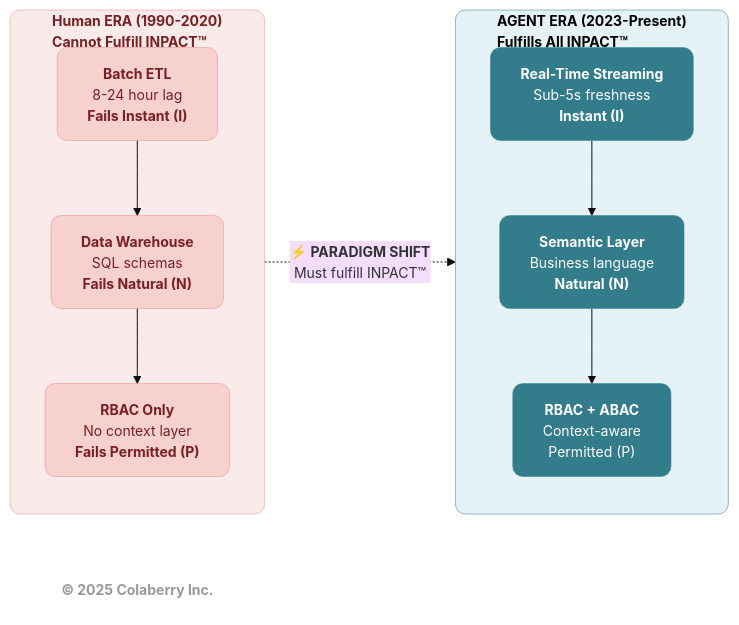
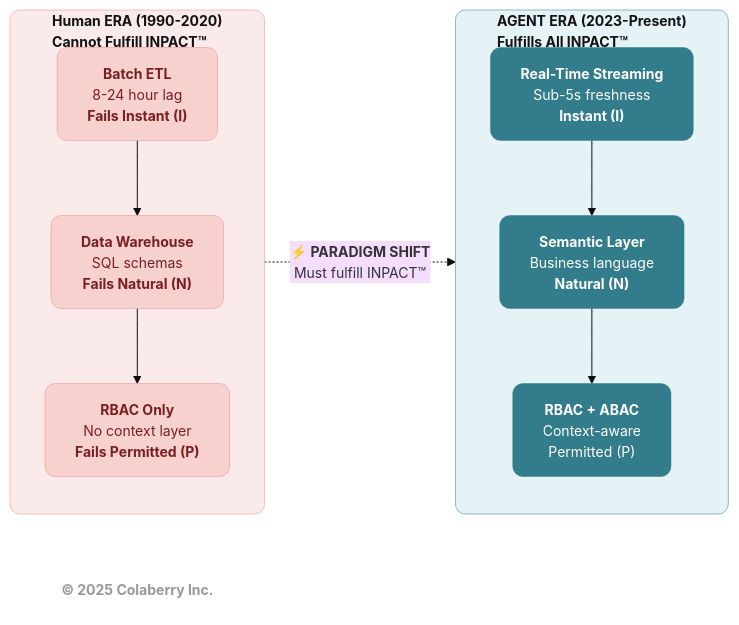
Before and after one commit to saitejesh-cyber/trust-before-intelligence-book: the fifth of 6 diagrams in manuscript/02_chapter_1_why_agents_fail.md, drawn with Mermaid. The commit also changed other lines of this file and 12 other files, not shown here.

````diff
--- a/manuscript/02_chapter_1_why_agents_fail.md
+++ b/manuscript/02_chapter_1_why_agents_fail.md
@@ -568,43 +568,43 @@
 ```mermaid
 %%{init: {'theme':'base', 'themeVariables': {'fontSize':'14px'}}}%%
 
 graph LR
     %% BI ERA (1990-2020) - Red Subgraph
     subgraph BI["<b>Human ERA (1990-2020) <br/> Cannot Fulfill INPACT™</b><br/>"]
         direction TB
         ETL["<b>Batch ETL</b><br/>8-24 hour lag<br/><b> Fails Instant (I)</b>"]
         DW["<b>Data Warehouse</b><br/>SQL schemas<br/><b> Fails Natural (N)</b>"]
         RBAC["<b>RBAC Only</b><br/>No context layer<br/><b> Fails Permitted (P)</b>"]
         
         ETL --> DW --> RBAC
     end
     
     %% PARADIGM SHIFT - Bold Arrow
     BI -.->|"<b>⚡ PARADIGM SHIFT</b><br/>Must fulfill INPACT™"| AGENT
     
     %% AGENT ERA (2023-) - Green Subgraph
     subgraph AGENT["<b>AGENT ERA (2023-Present) <br/> Fulfills All INPACT™</b><br/>"]
         direction TB
         STREAM["<b>Real-Time Streaming</b><br/>Sub-5s freshness<br/><b> Instant (I)</b>"]
         SEMANTIC["<b>Semantic Layer</b><br/>Business language<br/><b> Natural (N)</b>"]
         ABAC["<b>RBAC + ABAC</b><br/>Context-aware<br/> Permitted (P)"]
         
         STREAM --> SEMANTIC --> ABAC
     end
     
     %% Styling - CORRECTED COLORS FROM APPROVED PALETTE
-    style BI fill:#FBEAEA,stroke:#EB898B,stroke-width:0.5px,color:#7A1F22,rx:10,ry:10
-    style AGENT fill:#E6F3F6,stroke:#32738C,stroke-width:0.5px,color:#000000,rx:10,ry:10
+    style BI fill:#FBEAEA,stroke:#EB898B,stroke-width:0.5px,color:#121212,rx:10,ry:10
+    style AGENT fill:#E6F3F6,stroke:#32738C,stroke-width:0.5px,color:#121212,rx:10,ry:10
 
     style ETL fill:#F6D1CE,stroke:#EB898B,stroke-width:0.5px,color:#7A1F22,rx:10,ry:10
     style DW fill:#F6D1CE,stroke:#EB898B,stroke-width:0.5px,color:#7A1F22,rx:10,ry:10
     style RBAC fill:#F6D1CE,stroke:#EB898B,stroke-width:0.5px,color:#7A1F22,rx:10,ry:10
     
     style STREAM fill:#327C8C,stroke:#30838C,stroke-width:0.5px,color:#ffffff,rx:10,ry:10
     style SEMANTIC fill:#327C8C,stroke:#30838C,stroke-width:0.5px,color:#ffffff,rx:10,ry:10
     style ABAC fill:#327C8C,stroke:#30838C,stroke-width:0.5px,color:#ffffff,rx:10,ry:10
     
     %% Copyright (MANDATORY)
     CR["<b>© 2025 Colaberry Inc.</b>"]
     style CR fill:none,stroke:none,color:#999999
 ```
````
